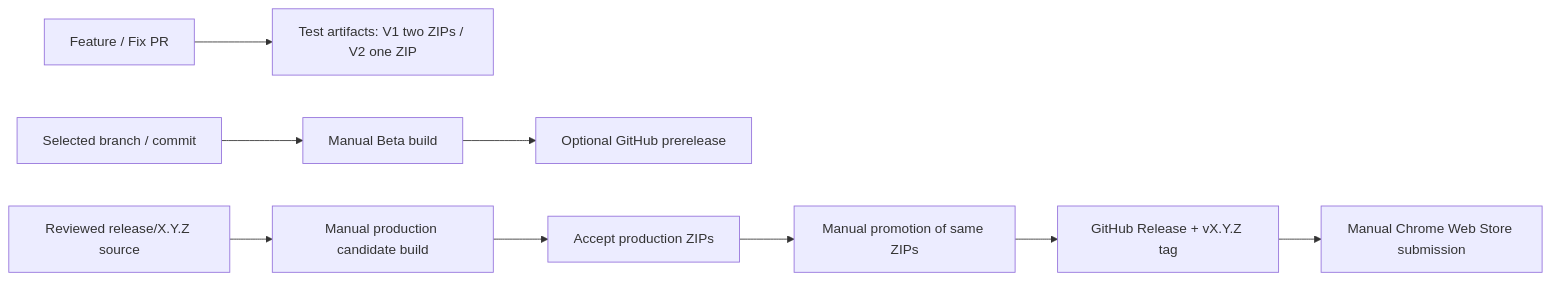
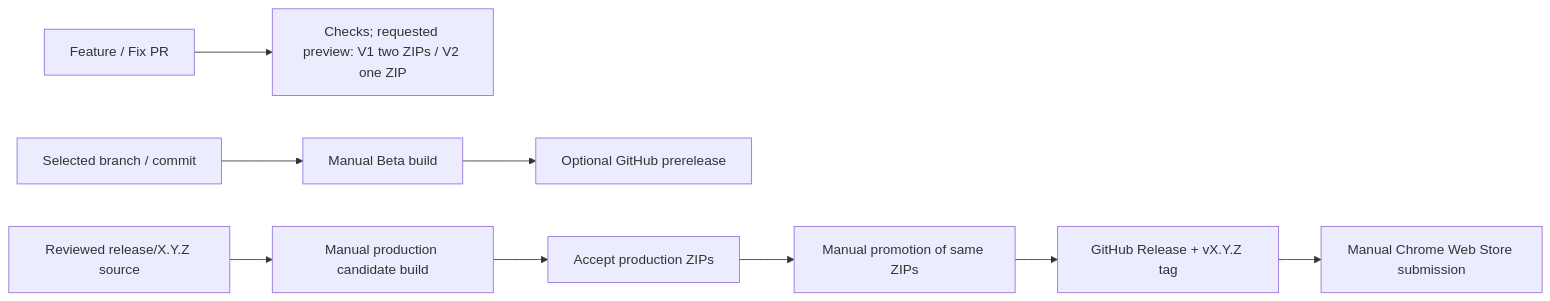
Before and after one commit to NoirWallet/noir-wallet: the diagram in docs/release-workflow.md, drawn with Mermaid. The commit also changed other lines of this file and 10 other files, not shown here.

````diff
--- a/docs/release-workflow.md
+++ b/docs/release-workflow.md
@@ -81,11 +83,11 @@
 ```mermaid
 flowchart LR
-  A["Feature / Fix PR"] --> B["Test artifacts: V1 two ZIPs / V2 one ZIP"]
+  A["Feature / Fix PR"] --> B["Checks; requested preview: V1 two ZIPs / V2 one ZIP"]
   C["Selected branch / commit"] --> D["Manual Beta build"]
   D --> E["Optional GitHub prerelease"]
   F["Reviewed release/X.Y.Z source"] --> G["Manual production candidate build"]
   G --> H["Accept production ZIPs"]
   H --> I["Manual promotion of same ZIPs"]
   I --> J["GitHub Release + vX.Y.Z tag"]
   J --> K["Manual Chrome Web Store submission"]
 ```
````
